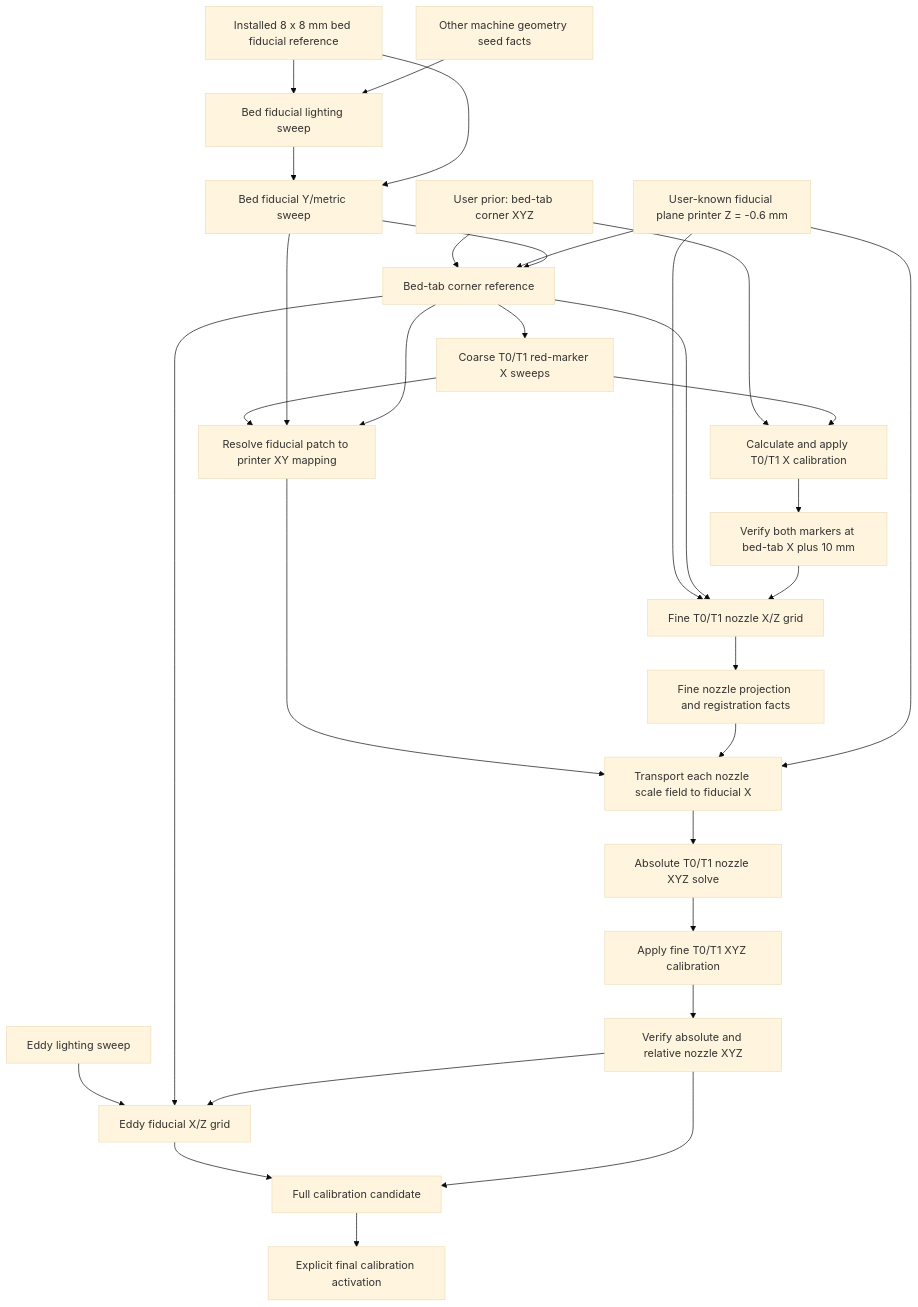
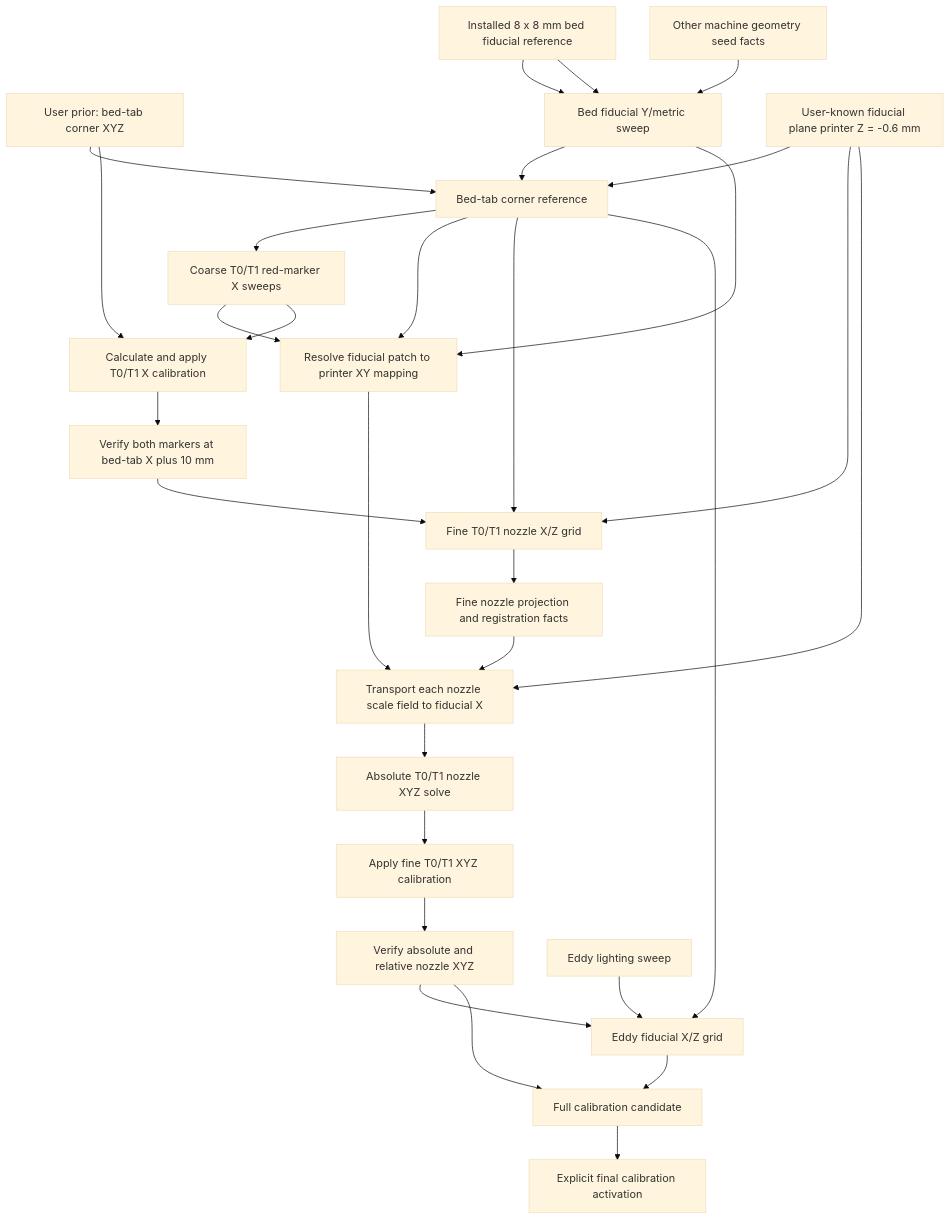
The diagram in VISION_CALIBRATION_GRAPH_CONCEPT.md (m-emm/mege-ender-3v3ke-idex), drawn with Mermaid (base theme) before and after one commit. The commit also changed other lines of this file and 19 other files, not shown here.

````diff
--- a/VISION_CALIBRATION_GRAPH_CONCEPT.md
+++ b/VISION_CALIBRATION_GRAPH_CONCEPT.md
@@ -113,34 +113,33 @@
 ```mermaid
 flowchart TD
     P[User prior: bed-tab corner XYZ] --> C[Bed-tab corner reference]
-    Q[Installed 8 x 8 mm bed fiducial reference] --> L[Bed fiducial lighting sweep]
+    Q[Installed 8 x 8 mm bed fiducial reference] --> Y[Bed fiducial Y/metric sweep]
     ZP[User-known fiducial plane printer Z = -0.6 mm] --> C
     ZP --> F
-    G[Other machine geometry seed facts] --> L
-    L --> Y[Bed fiducial Y/metric sweep]
+    G[Other machine geometry seed facts] --> Y
     Q --> Y
     Y --> C[Bed-tab corner reference]
     C --> R[Coarse T0/T1 red-marker X sweeps]
     R --> PX[Resolve fiducial patch to printer XY mapping]
     Y --> PX
     C --> PX
     P --> AX[Calculate and apply T0/T1 X calibration]
     R --> AX
     AX --> VX[Verify both markers at bed-tab X plus 10 mm]
     C --> F[Fine T0/T1 nozzle X/Z grid]
     VX --> F
     F --> N[Fine nozzle projection and registration facts]
     PX --> NZ[Transport each nozzle scale field to fiducial X]
     N --> NZ
     ZP --> NZ
     NZ --> S51[Absolute T0/T1 nozzle XYZ solve]
     S51 --> A51[Apply fine T0/T1 XYZ calibration]
     A51 --> V51[Verify absolute and relative nozzle XYZ]
 
     EL[Eddy lighting sweep] --> E[Eddy fiducial X/Z grid]
     C --> E
     V51 --> E
     E --> D[Full calibration candidate]
     V51 --> D
     D --> A[Explicit final calibration activation]
 ```
````
